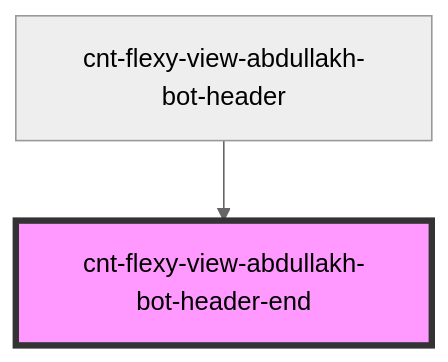
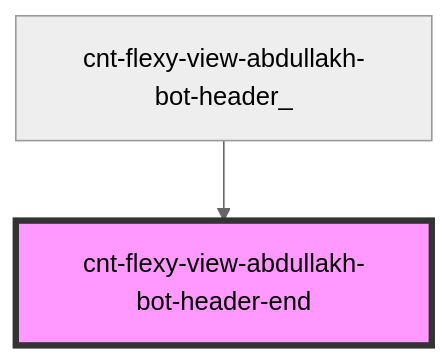
The diagram in src/components/cnt-flexy-view-abdullakh-bot-header/res/view/cnt-flexy-view-abdullakh-bot-header_/res/view/cnt-flexy-view-abdullakh-bot-header-end/readme.md (Wokh-Dada/botdevelopmentapp), drawn with Mermaid (neutral theme) before and after one commit. The commit also changed other lines of this file and 34 other files, not shown here.

````diff
--- a/src/components/cnt-flexy-view-abdullakh-bot-header/res/view/cnt-flexy-view-abdullakh-bot-header_/res/view/cnt-flexy-view-abdullakh-bot-header-end/readme.md
+++ b/src/components/cnt-flexy-view-abdullakh-bot-header/res/view/cnt-flexy-view-abdullakh-bot-header_/res/view/cnt-flexy-view-abdullakh-bot-header-end/readme.md
@@ -29,5 +29,5 @@
 ```mermaid
 graph TD;
-  cnt-flexy-view-abdullakh-bot-header --> cnt-flexy-view-abdullakh-bot-header-end
+  cnt-flexy-view-abdullakh-bot-header_ --> cnt-flexy-view-abdullakh-bot-header-end
   style cnt-flexy-view-abdullakh-bot-header-end fill:#f9f,stroke:#333,stroke-width:4px
 ```
````
